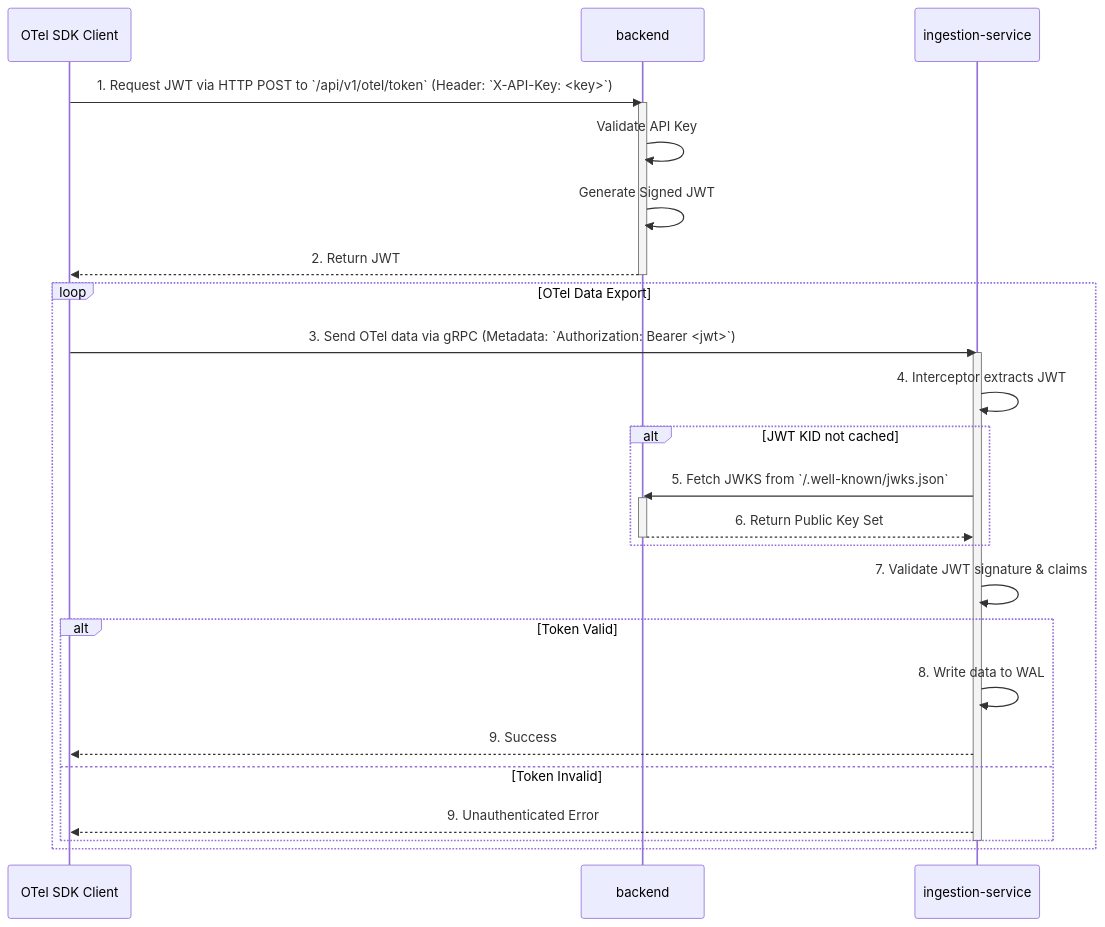
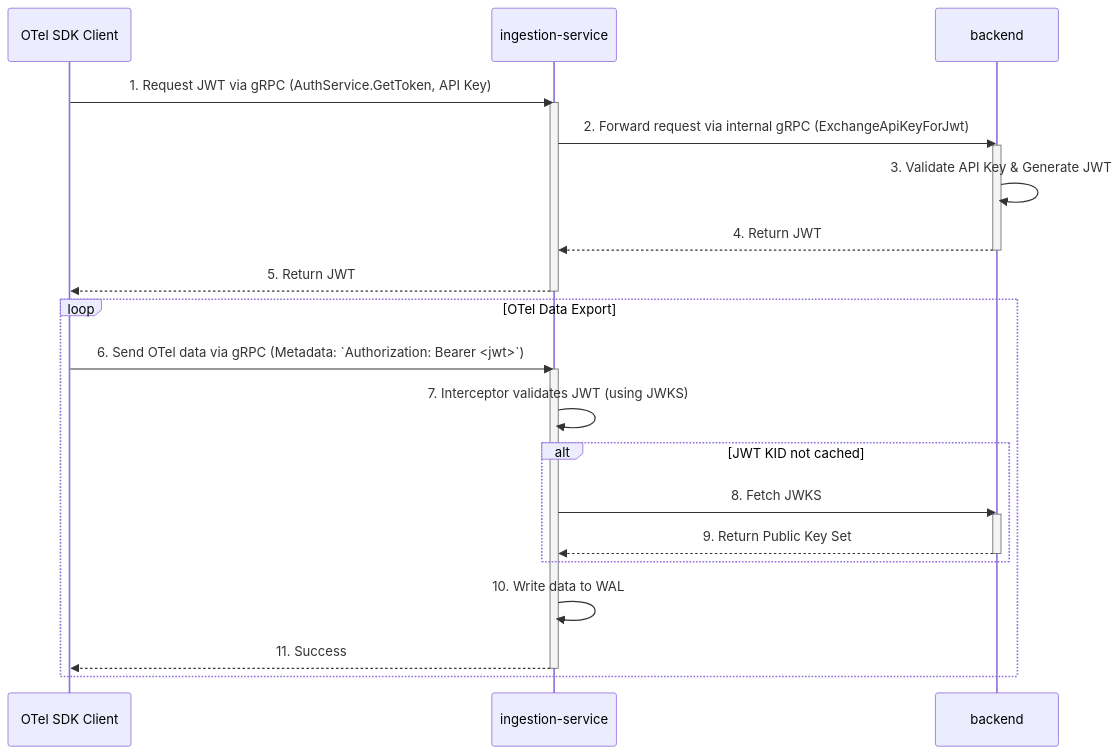
One commit to mdrideout/junjo-server changed the second of 2 diagrams in AGENTS.md. Above: the diagram before and after it, drawn with Mermaid. The commit also changed other lines of this file and 35 other files, not shown here.

Commit message:
Working JWT auth flow, but it has blocking drawbacks. Last commit before back to static API key architecture.

````diff
--- a/AGENTS.md
+++ b/AGENTS.md
@@ -77,33 +82,31 @@
 ```mermaid
 sequenceDiagram
     participant Client as OTel SDK Client
+    participant Ingestion as ingestion-service
     participant Backend as backend
-    participant Ingestion as ingestion-service
 
-    Client->>Backend: 1. Request JWT via HTTP POST to `/api/v1/otel/token` (Header: `X-API-Key: <key>`)
+    Client->>Ingestion: 1. Request JWT via gRPC (AuthService.GetToken, API Key)
+    activate Ingestion
+    Ingestion->>Backend: 2. Forward request via internal gRPC (ExchangeApiKeyForJwt)
     activate Backend
-    Backend->>Backend: Validate API Key
-    Backend->>Backend: Generate Signed JWT
-    Backend-->>Client: 2. Return JWT
+    Backend->>Backend: 3. Validate API Key & Generate JWT
+    Backend-->>Ingestion: 4. Return JWT
     deactivate Backend
+    Ingestion-->>Client: 5. Return JWT
+    deactivate Ingestion
 
     loop OTel Data Export
-        Client->>Ingestion: 3. Send OTel data via gRPC (Metadata: `Authorization: Bearer <jwt>`)
+        Client->>Ingestion: 6. Send OTel data via gRPC (Metadata: `Authorization: Bearer <jwt>`)
         activate Ingestion
-        Ingestion->>Ingestion: 4. Interceptor extracts JWT
+        Ingestion->>Ingestion: 7. Interceptor validates JWT (using JWKS)
         alt JWT KID not cached
-            Ingestion->>Backend: 5. Fetch JWKS from `/.well-known/jwks.json`
+            Ingestion->>Backend: 8. Fetch JWKS
             activate Backend
-            Backend-->>Ingestion: 6. Return Public Key Set
+            Backend-->>Ingestion: 9. Return Public Key Set
             deactivate Backend
         end
-        Ingestion->>Ingestion: 7. Validate JWT signature & claims
-        alt Token Valid
-            Ingestion->>Ingestion: 8. Write data to WAL
-            Ingestion-->>Client: 9. Success
-        else Token Invalid
-            Ingestion-->>Client: 9. Unauthenticated Error
-        end
+        Ingestion->>Ingestion: 10. Write data to WAL
+        Ingestion-->>Client: 11. Success
         deactivate Ingestion
     end
 ```
````
